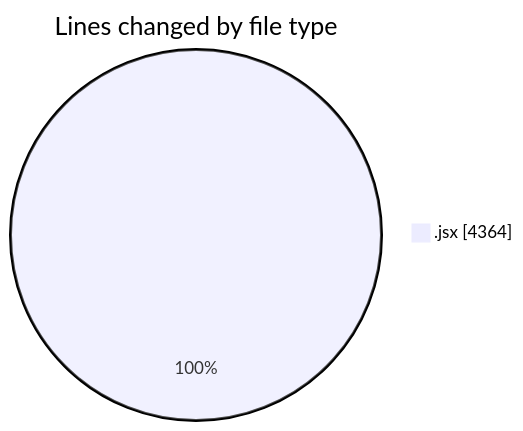
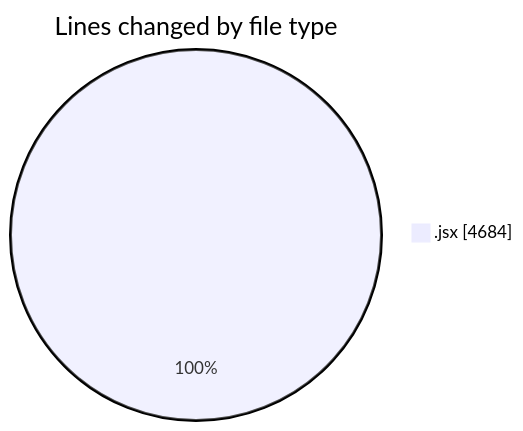
Before and after one commit to nxtqubesakshisongat/code-tracking: the first of 2 diagrams in 2025-05-13/argos-dev/README.md, drawn with Mermaid. The commit also changed other lines of this file and 1 other file, not shown here.

````diff
--- a/2025-05-13/argos-dev/README.md
+++ b/2025-05-13/argos-dev/README.md
@@ -26,5 +26,5 @@
 ```mermaid
 pie showData
 title Lines changed by file type
-".jsx" : 4364
+".jsx" : 4684
 ```
````
